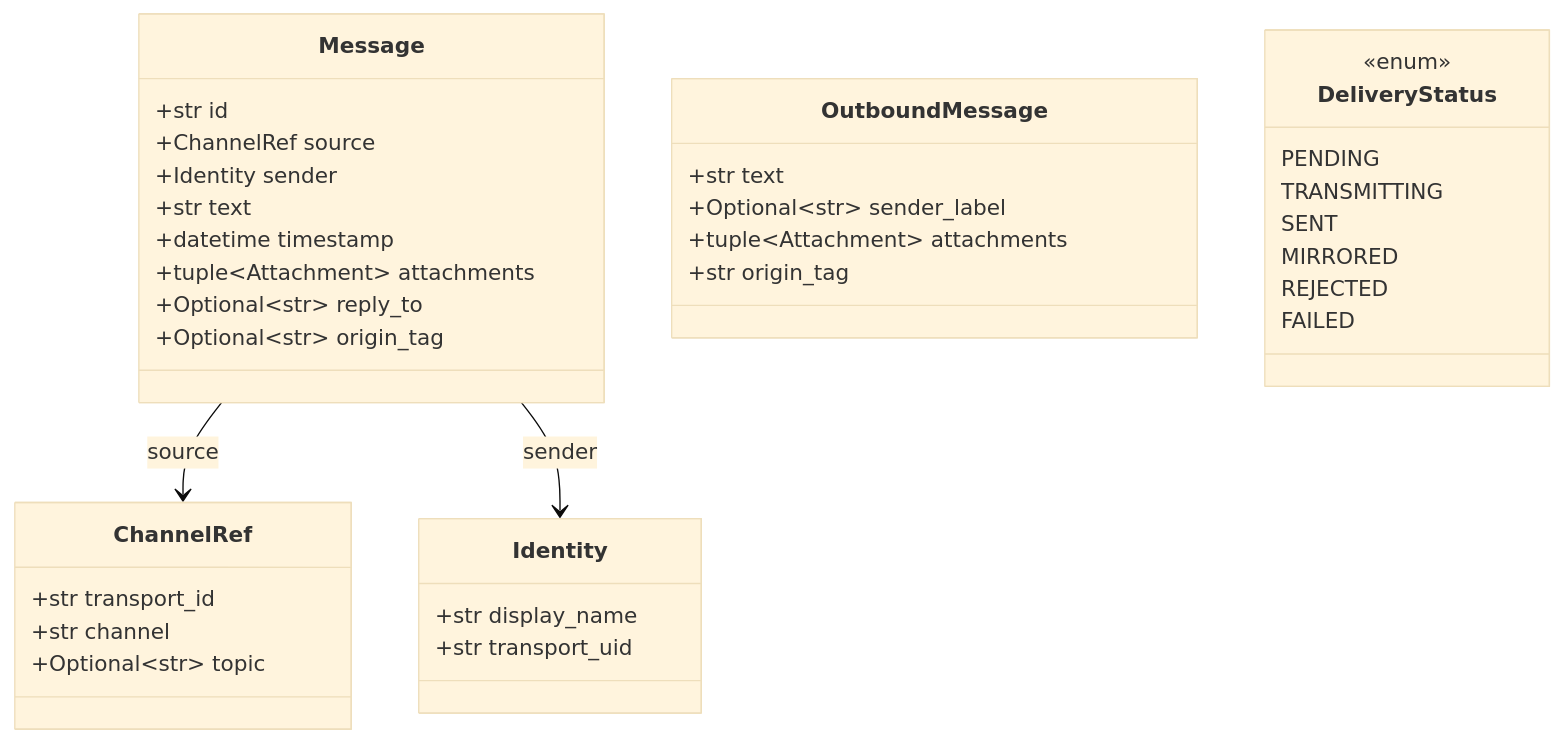
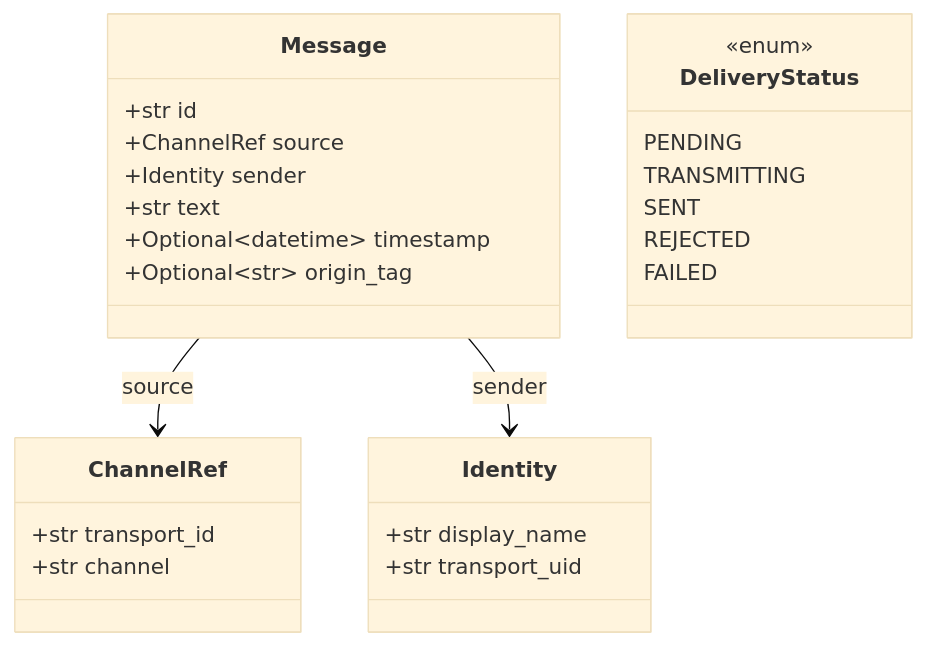
The second of 10 diagrams in docs/ARCHITECTURE.md (Flexlug/LoRa-Bridge), drawn with Mermaid (base theme) before and after one commit. The commit also changed other lines of this file, not shown here.

First line of the commit message:
docs: simplify domain — text-only, drop topic/attachments/mirrored

````diff
--- a/docs/ARCHITECTURE.md
+++ b/docs/ARCHITECTURE.md
@@ -120,39 +123,29 @@
 ```mermaid
 classDiagram
     class ChannelRef {
       +str transport_id
       +str channel
-      +Optional~str~ topic
     }
     class Identity {
       +str display_name
       +str transport_uid
     }
     class Message {
       +str id
       +ChannelRef source
       +Identity sender
       +str text
-      +datetime timestamp
-      +tuple~Attachment~ attachments
-      +Optional~str~ reply_to
+      +Optional~datetime~ timestamp
       +Optional~str~ origin_tag
-    }
-    class OutboundMessage {
-      +str text
-      +Optional~str~ sender_label
-      +tuple~Attachment~ attachments
-      +str origin_tag
     }
     class DeliveryStatus {
       <<enum>>
       PENDING
       TRANSMITTING
       SENT
-      MIRRORED
       REJECTED
       FAILED
     }
     Message --> ChannelRef : source
     Message --> Identity : sender
 ```
````
